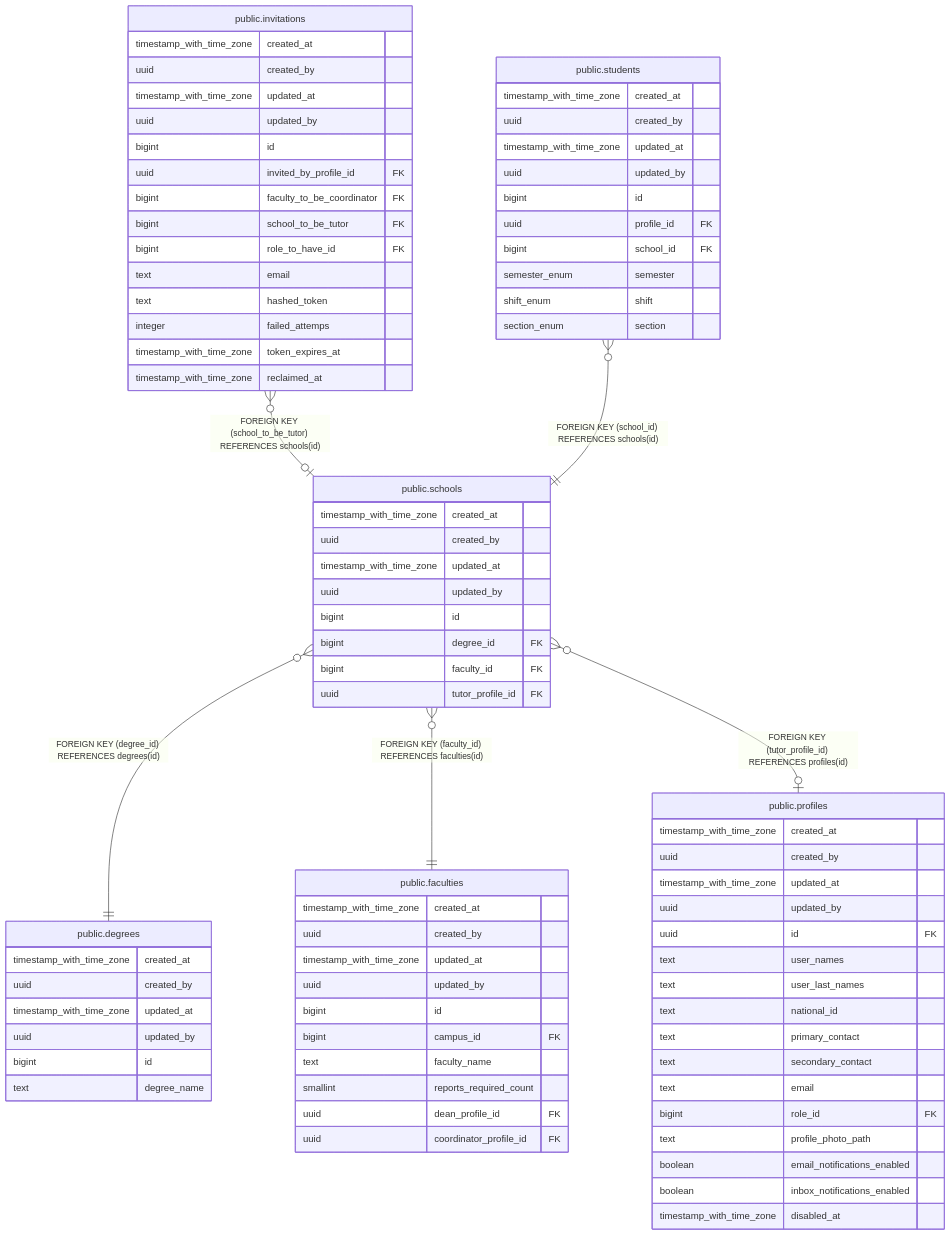
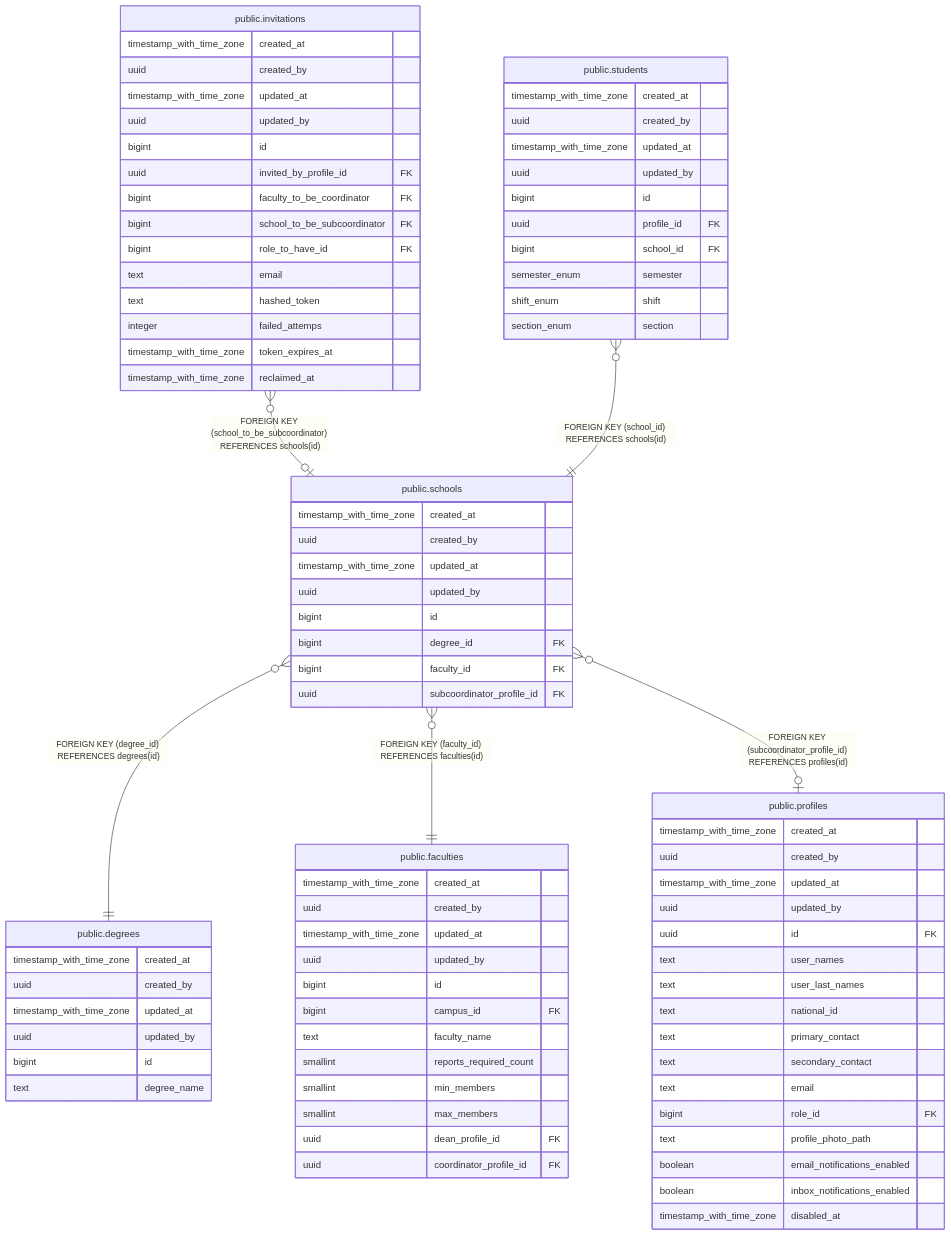
Before and after one commit to icristianhernandez/academic-service-backend: the diagram in docs/db/tbls/public.schools.md, drawn with Mermaid. The commit also changed other lines of this file and 15 other files, not shown here.

````diff
--- a/docs/db/tbls/public.schools.md
+++ b/docs/db/tbls/public.schools.md
@@ -44,11 +44,11 @@
 ```mermaid
 erDiagram
 
-"public.invitations" }o--o| "public.schools" : "FOREIGN KEY (school_to_be_tutor) REFERENCES schools(id)"
+"public.invitations" }o--o| "public.schools" : "FOREIGN KEY (school_to_be_subcoordinator) REFERENCES schools(id)"
 "public.students" }o--|| "public.schools" : "FOREIGN KEY (school_id) REFERENCES schools(id)"
 "public.schools" }o--|| "public.degrees" : "FOREIGN KEY (degree_id) REFERENCES degrees(id)"
 "public.schools" }o--|| "public.faculties" : "FOREIGN KEY (faculty_id) REFERENCES faculties(id)"
-"public.schools" }o--o| "public.profiles" : "FOREIGN KEY (tutor_profile_id) REFERENCES profiles(id)"
+"public.schools" }o--o| "public.profiles" : "FOREIGN KEY (subcoordinator_profile_id) REFERENCES profiles(id)"
 
 "public.schools" {
   timestamp_with_time_zone created_at ""
@@ -58,7 +58,7 @@
   bigint id ""
   bigint degree_id FK ""
   bigint faculty_id FK ""
-  uuid tutor_profile_id FK ""
+  uuid subcoordinator_profile_id FK ""
 }
 "public.invitations" {
   timestamp_with_time_zone created_at ""
@@ -68,7 +68,7 @@
   bigint id ""
   uuid invited_by_profile_id FK ""
   bigint faculty_to_be_coordinator FK ""
-  bigint school_to_be_tutor FK ""
+  bigint school_to_be_subcoordinator FK ""
   bigint role_to_have_id FK ""
   text email ""
   text hashed_token ""
@@ -105,6 +105,8 @@
   bigint campus_id FK ""
   text faculty_name ""
   smallint reports_required_count ""
+  smallint min_members ""
+  smallint max_members ""
   uuid dean_profile_id FK ""
   uuid coordinator_profile_id FK ""
 }
````
